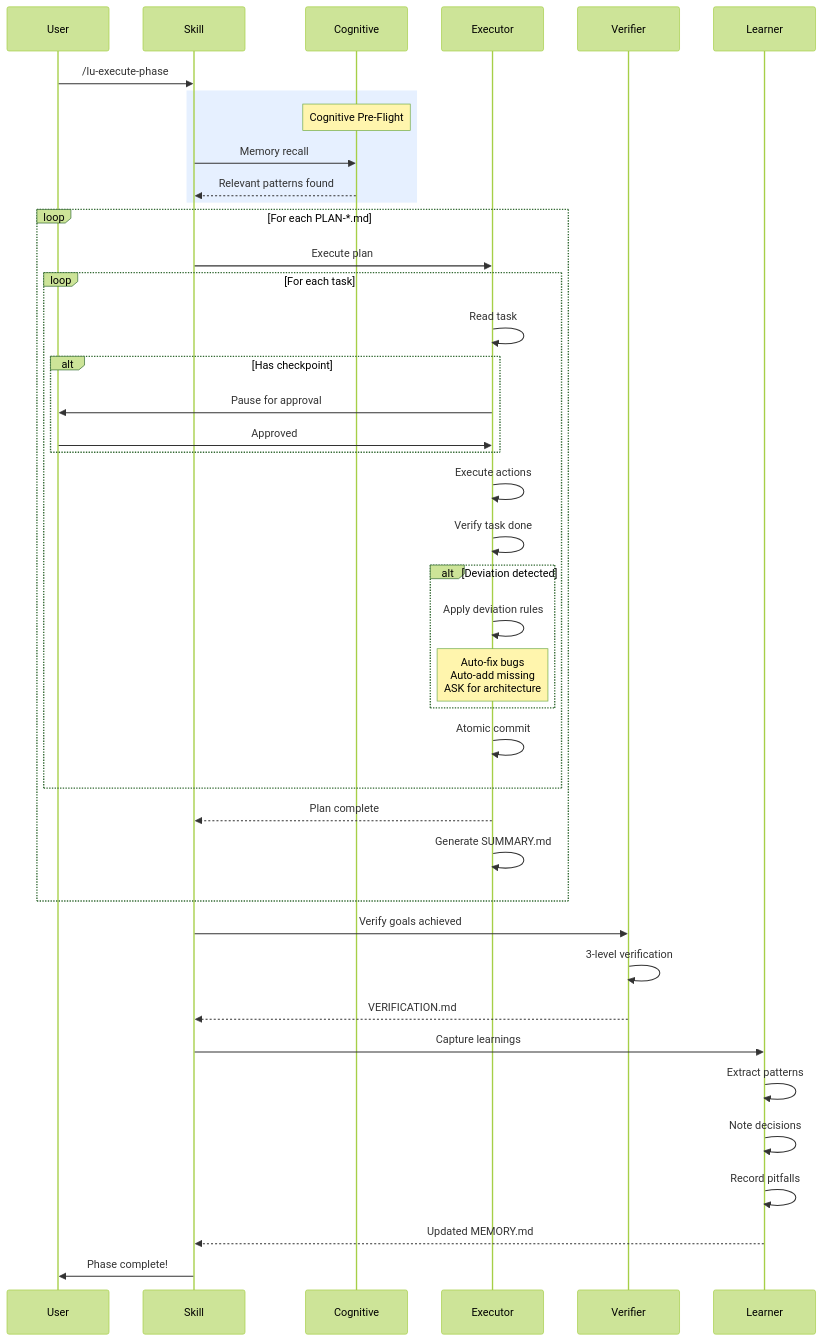
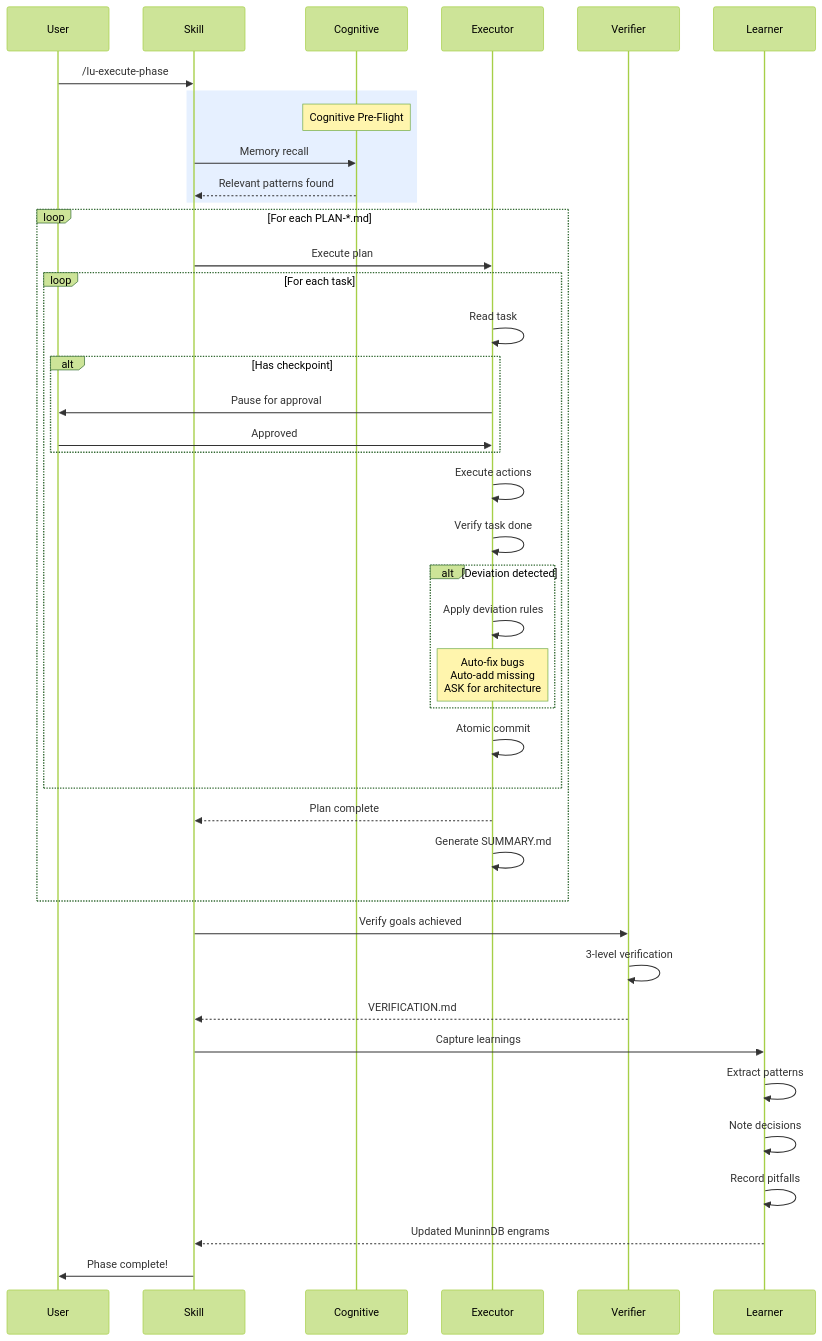
The sixth of 12 diagrams in docs/agent-framework/luca/end-to-end-workflow.md (asibilia/luca-framework), drawn with Mermaid (forest theme) before and after one commit. The commit also changed other lines of this file and 820 other files, not shown here.

````diff
--- a/docs/agent-framework/luca/end-to-end-workflow.md
+++ b/docs/agent-framework/luca/end-to-end-workflow.md
@@ -282,53 +282,53 @@
 ```mermaid
 sequenceDiagram
     participant U as User
     participant S as Skill
     participant C as Cognitive
     participant E as Executor
     participant V as Verifier
     participant L as Learner
 
     U->>S: /lu-execute-phase
     rect rgb(230, 240, 255)
         Note over C: Cognitive Pre-Flight
         S->>C: Memory recall
         C-->>S: Relevant patterns found
     end
 
     loop For each PLAN-*.md
         S->>E: Execute plan
 
         loop For each task
             E->>E: Read task
 
             alt Has checkpoint
                 E->>U: Pause for approval
                 U->>E: Approved
             end
 
             E->>E: Execute actions
             E->>E: Verify task done
 
             alt Deviation detected
                 E->>E: Apply deviation rules
                 Note over E: Auto-fix bugs<br/>Auto-add missing<br/>ASK for architecture
             end
 
             E->>E: Atomic commit
         end
 
         E-->>S: Plan complete
         E->>E: Generate SUMMARY.md
     end
 
     S->>V: Verify goals achieved
     V->>V: 3-level verification
     V-->>S: VERIFICATION.md
 
     S->>L: Capture learnings
     L->>L: Extract patterns
     L->>L: Note decisions
     L->>L: Record pitfalls
-    L-->>S: Updated MEMORY.md
+    L-->>S: Updated MuninnDB engrams
     S->>U: Phase complete!
 ```
````
